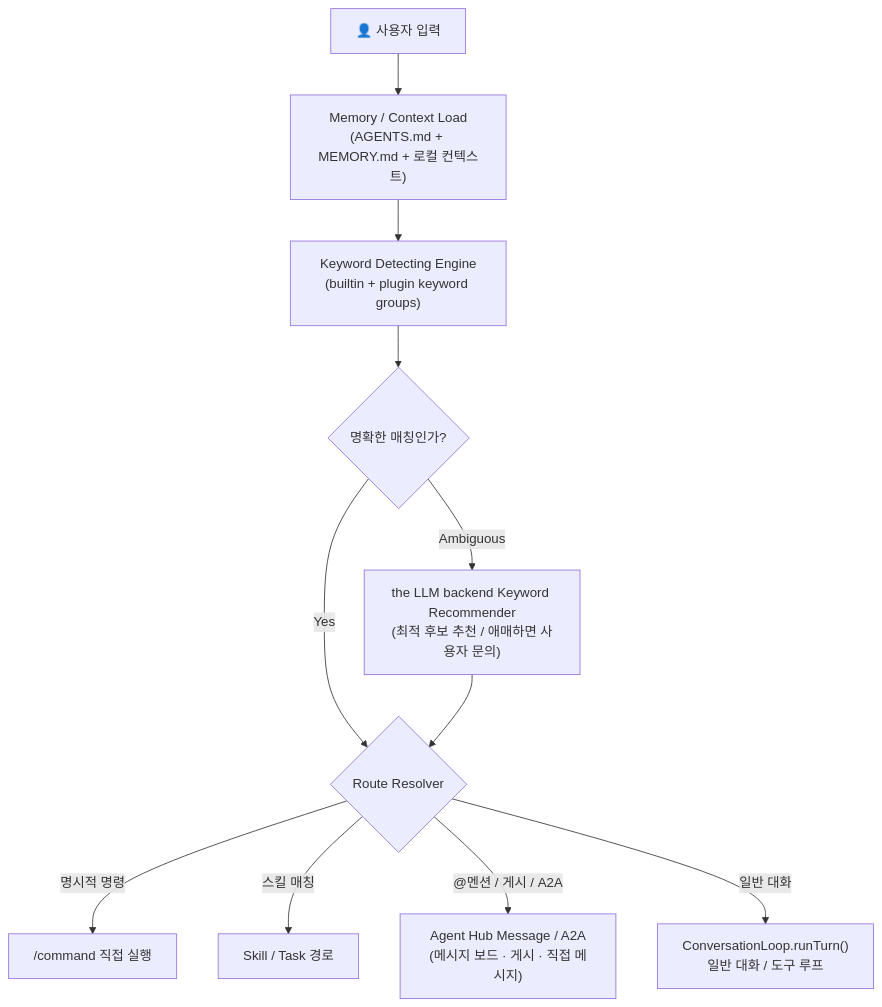
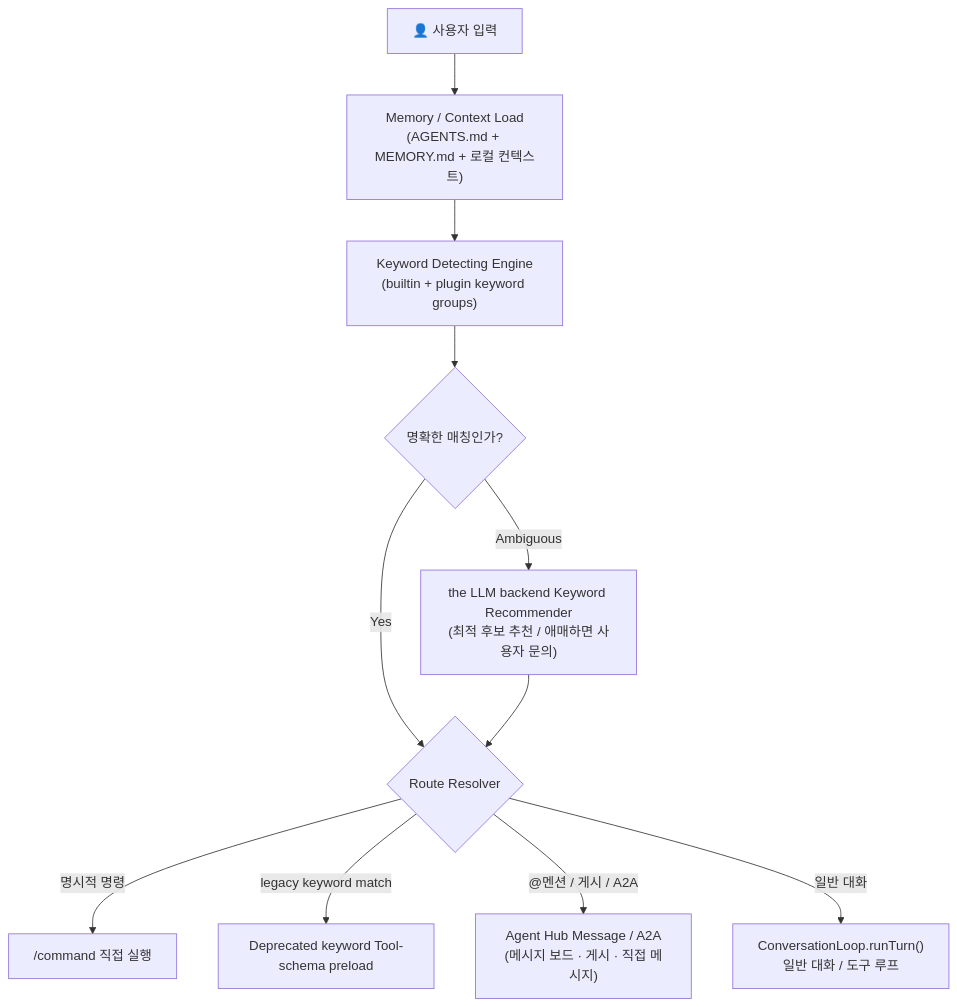
One commit to lvis-project/lvis-app changed the seventh of 44 diagrams in docs/ko/architecture/architecture.md. Above: the diagram before and after it, drawn with Mermaid. The commit also changed other lines of this file and 24 other files, not shown here.

````diff
--- a/docs/ko/architecture/architecture.md
+++ b/docs/ko/architecture/architecture.md
@@ -434,22 +439,22 @@
 ```mermaid
 flowchart TB
     INPUT["👤 사용자 입력"]
     MEMORY["Memory / Context Load<br/>(AGENTS.md + MEMORY.md + 로컬 컨텍스트)"]
     DETECT["Keyword Detecting Engine<br/>(builtin + plugin keyword groups)"]
     DISAMBIG{"명확한 매칭인가?"}
     RECOMMEND["the LLM backend Keyword Recommender<br/>(최적 후보 추천 / 애매하면 사용자 문의)"]
     ROUTE{"Route Resolver"}
 
     COMMAND["/command 직접 실행"]
-    SKILL["Skill / Task 경로"]
+    SKILL["Deprecated keyword Tool-schema preload"]
     AGENT["Agent Hub Message / A2A<br/>(메시지 보드 · 게시 · 직접 메시지)"]
     CHAT["ConversationLoop.runTurn()<br/>일반 대화 / 도구 루프"]
 
     INPUT --> MEMORY --> DETECT --> DISAMBIG
     DISAMBIG -->|"Yes"| ROUTE
     DISAMBIG -->|"Ambiguous"| RECOMMEND --> ROUTE
     ROUTE -->|"명시적 명령"| COMMAND
-    ROUTE -->|"스킬 매칭"| SKILL
+    ROUTE -->|"legacy keyword match"| SKILL
     ROUTE -->|"@멘션 / 게시 / A2A"| AGENT
     ROUTE -->|"일반 대화"| CHAT
 ```
````
